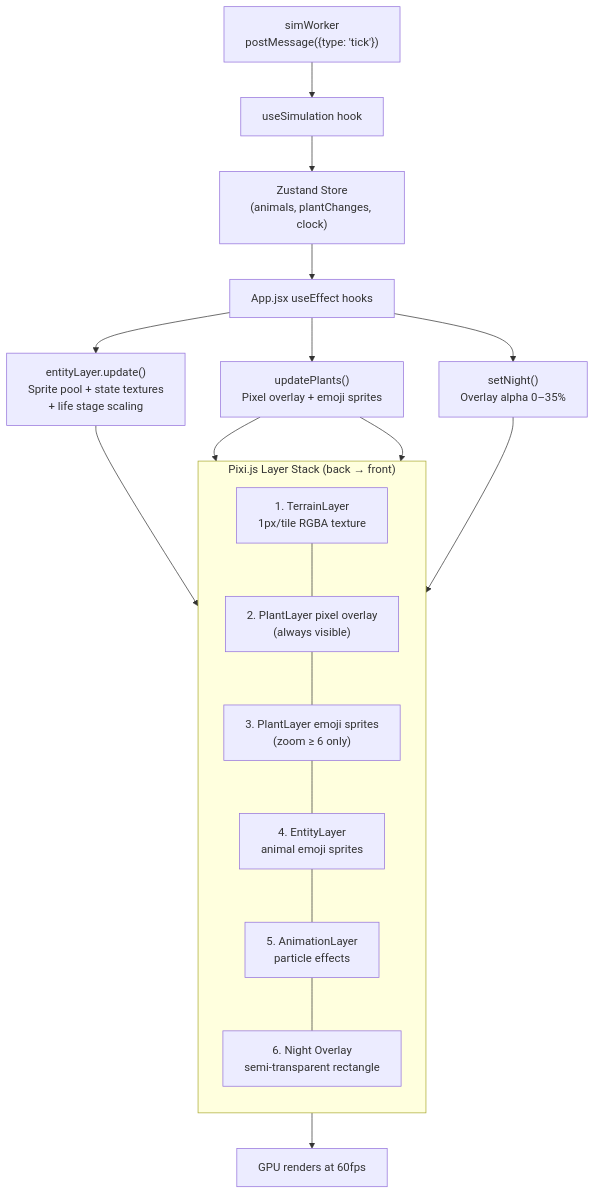
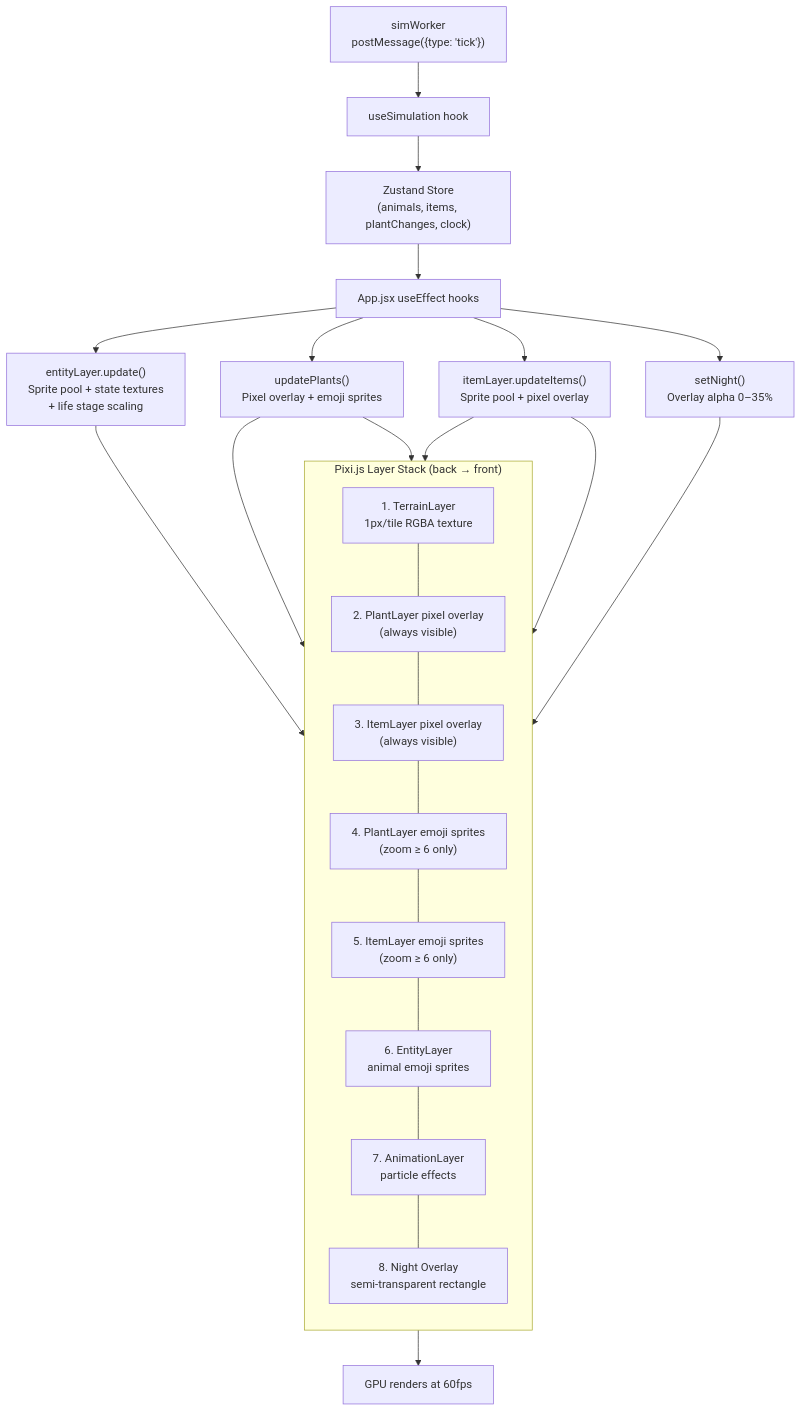
One commit to andrenepomuceno/BiomeSimulator changed the diagram in docs/renderer/overview.md. Above: the diagram before and after it, drawn with Mermaid. The commit also changed other lines of this file and 3 other files, not shown here.

First line of the commit message:
docs: document ItemLayer renderer with dual-mode rendering, sprites, and pooling

````diff
--- a/docs/renderer/overview.md
+++ b/docs/renderer/overview.md
@@ -84,29 +84,34 @@
 ```mermaid
 flowchart TD
     Worker["simWorker\npostMessage({type: 'tick'})"] --> Hook["useSimulation hook"]
-    Hook --> Store["Zustand Store\n(animals, plantChanges, clock)"]
+    Hook --> Store["Zustand Store\n(animals, items, plantChanges, clock)"]
 
     Store --> UE["App.jsx useEffect hooks"]
 
     UE --> EL["entityLayer.update()\nSprite pool + state textures\n+ life stage scaling"]
     UE --> PL["updatePlants()\nPixel overlay + emoji sprites"]
+    UE --> IL["itemLayer.updateItems()\nSprite pool + pixel overlay"]
     UE --> Night["setNight()\nOverlay alpha 0–35%"]
 
     subgraph Layers["Pixi.js Layer Stack (back → front)"]
         direction TB
         L1["1. TerrainLayer\n1px/tile RGBA texture"]
         L2["2. PlantLayer pixel overlay\n(always visible)"]
-        L3["3. PlantLayer emoji sprites\n(zoom ≥ 6 only)"]
-        L4["4. EntityLayer\nanimal emoji sprites"]
-        L5["5. AnimationLayer\nparticle effects"]
-        L6["6. Night Overlay\nsemi-transparent rectangle"]
-        L1 --- L2 --- L3 --- L4 --- L5 --- L6
+        L3["3. ItemLayer pixel overlay\n(always visible)"]
+        L4["4. PlantLayer emoji sprites\n(zoom ≥ 6 only)"]
+        L5["5. ItemLayer emoji sprites\n(zoom ≥ 6 only)"]
+        L6["6. EntityLayer\nanimal emoji sprites"]
+        L7["7. AnimationLayer\nparticle effects"]
+        L8["8. Night Overlay\nsemi-transparent rectangle"]
+        L1 --- L2 --- L3 --- L4 --- L5 --- L6 --- L7 --- L8
     end
 
-    EL --> L4
+    EL --> L6
     PL --> L2
-    PL --> L3
-    Night --> L6
+    PL --> L4
+    IL --> L3
+    IL --> L5
+    Night --> L8
 
     Layers --> Render["GPU renders at 60fps"]
 ```
````
